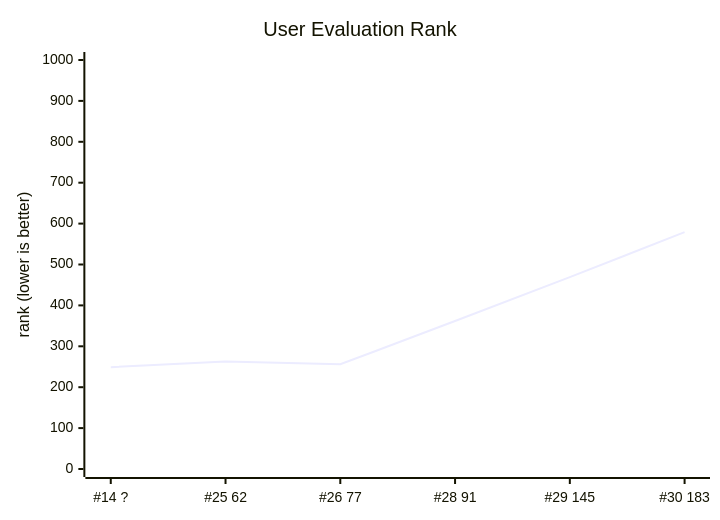
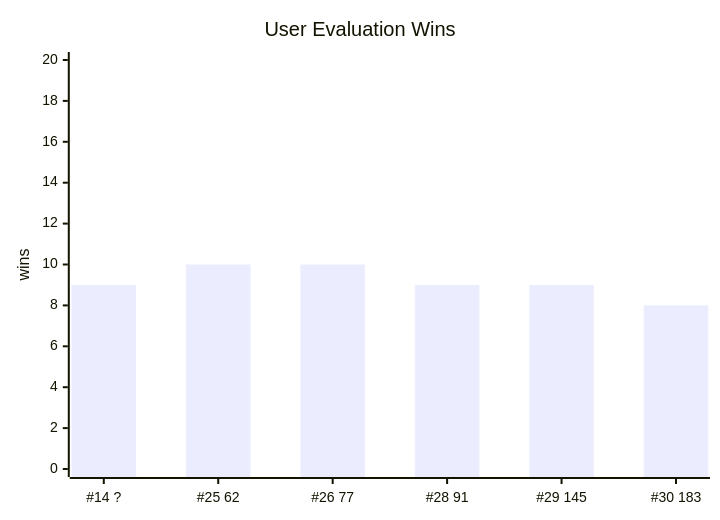
The third of 5 diagrams in README.md (softkleenex/2026_nypc), drawn with Mermaid before and after one commit. The commit also changed other lines of this file, not shown here.

````diff
--- a/README.md
+++ b/README.md
@@ -26,7 +48,7 @@
 ```mermaid
 xychart-beta
-    title "User Evaluation Rank"
+    title "User Evaluation Wins"
     x-axis ["#14 ?", "#25 62", "#26 77", "#28 91", "#29 145", "#30 183"]
-    y-axis "rank (lower is better)" 0 --> 1000
-    line [249, 263, 256, 362, 469, 579]
+    y-axis "wins" 0 --> 20
+    bar [9, 10, 10, 9, 9, 8]
 ```
````
